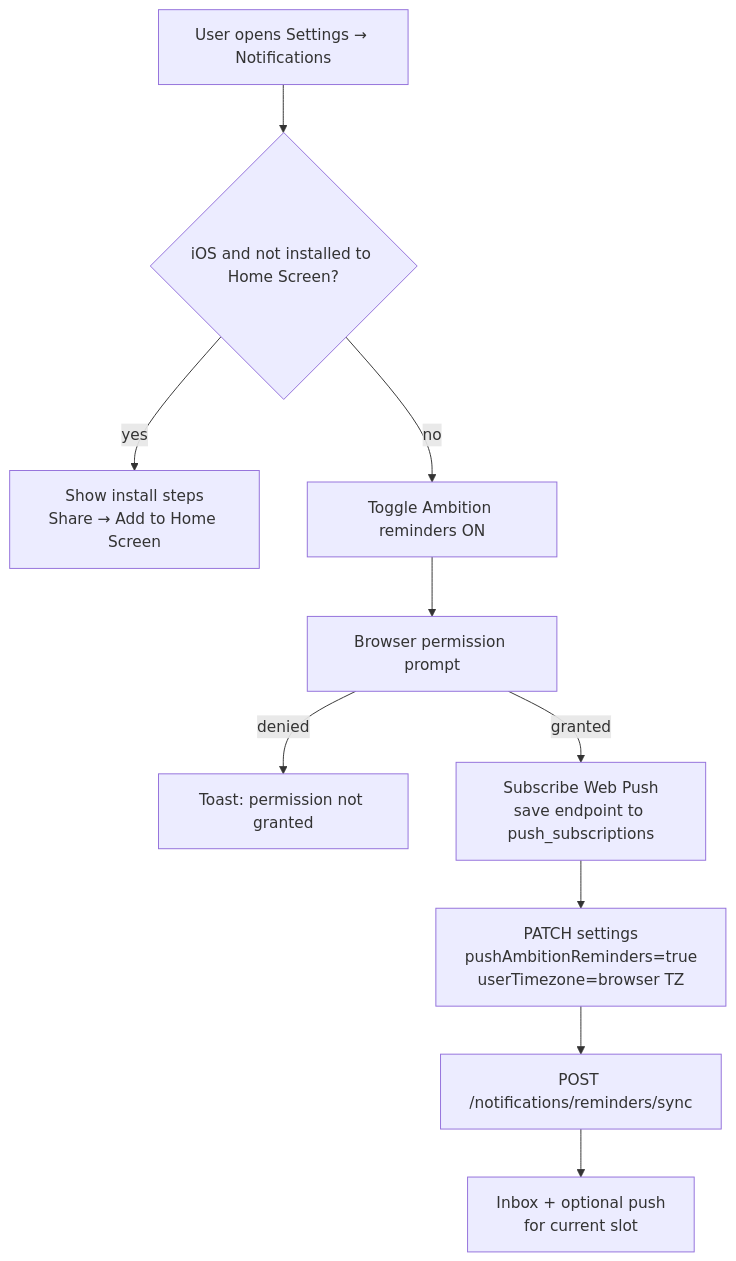
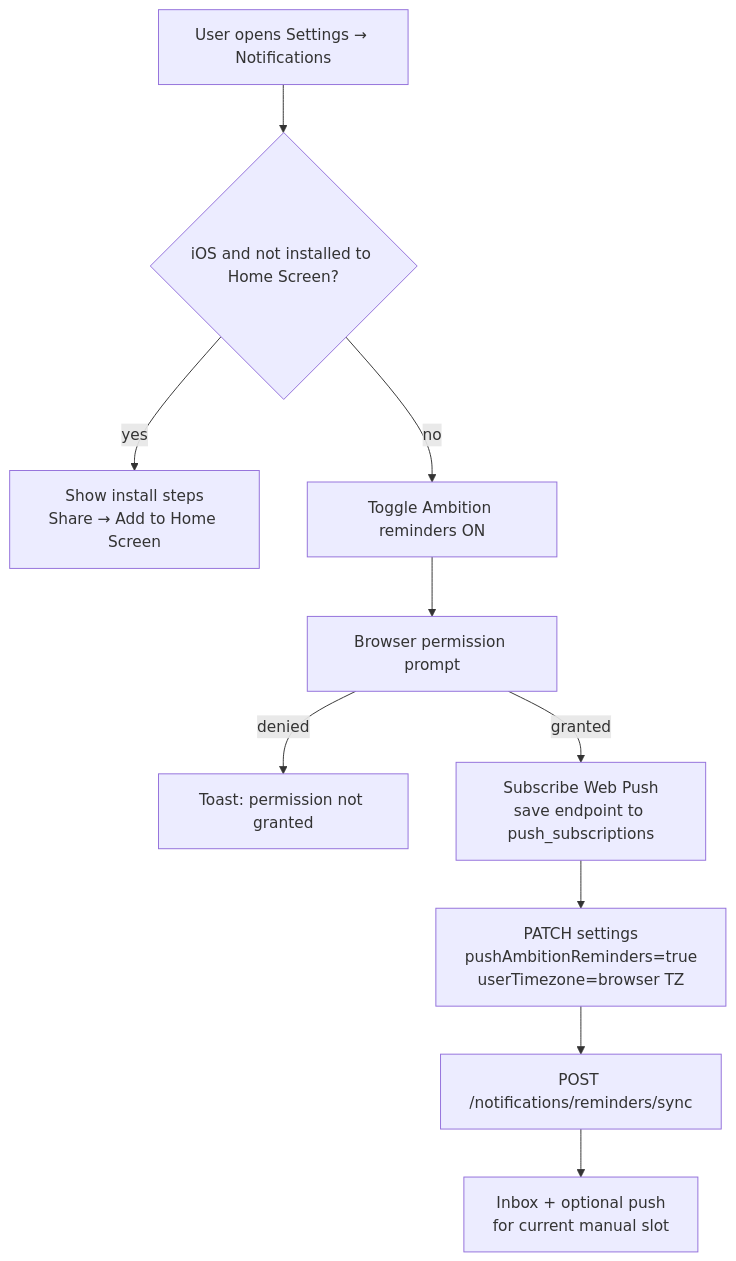
Before and after one commit to hemants1703/AmbitiousYou: the second of 4 diagrams in apps/backend/docs/notifications-cron.md, drawn with Mermaid. The commit also changed other lines of this file, not shown here.

````diff
--- a/apps/backend/docs/notifications-cron.md
+++ b/apps/backend/docs/notifications-cron.md
@@ -78,12 +84,12 @@
 ```mermaid
 flowchart TD
   A[User opens Settings → Notifications] --> B{iOS and not installed to Home Screen?}
   B -->|yes| C[Show install steps\nShare → Add to Home Screen]
   B -->|no| D[Toggle Ambition reminders ON]
   D --> E[Browser permission prompt]
   E -->|denied| F[Toast: permission not granted]
   E -->|granted| G[Subscribe Web Push\nsave endpoint to push_subscriptions]
   G --> H[PATCH settings\npushAmbitionReminders=true\nuserTimezone=browser TZ]
   H --> I[POST /notifications/reminders/sync]
-  I --> J[Inbox + optional push\nfor current slot]
+  I --> J[Inbox + optional push\nfor current manual slot]
 ```
````
